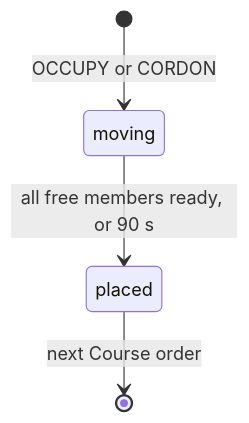
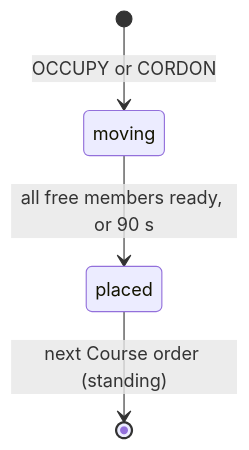
Before and after one commit to Neefay/arma3-llm-harness: diagram 12 of 25 in docs/COMMANDER_MODEL.md, drawn with Mermaid. The commit also changed 2 other files, not shown here.

Commit message:
Machines: OCCUPY and CORDON's placing on the declared runner
The first of the remaining game-side machines moved onto
brmh_cmd_fnc_newMachine. Placing needed two things the runner didn't have:

- A standing state: "placed" lasts until the next order ends it, so it has
  ["STANDING", true] in place of a deadline, as the model's Standing ending.
- A machine whose state goes to the host in its own packet field ("placed")
  rather than as radio words: ["SAYS", false]. Its endings need no word.

brmh_cmd_fnc_machineProblems and the model doc test check both. Placing's
group variables are gone: the packet reads the machine. Helpers for the
machines to come: brmh_cmd_fnc_freeMen, brmh_cmd_fnc_endMachines.

Live: every order type passes (occupy and cordon in position, and every
squad moves on its next order).

````diff
--- a/docs/COMMANDER_MODEL.md
+++ b/docs/COMMANDER_MODEL.md
@@ -465,6 +465,8 @@
 ```mermaid
 stateDiagram-v2
+  state "moving" as moving
+  state "placed" as placed
   [*] --> moving: OCCUPY or CORDON
   moving --> placed: all free members ready, or 90 s
-  placed --> [*]: next Course order
+  placed --> [*]: next Course order (standing)
 ```
````
